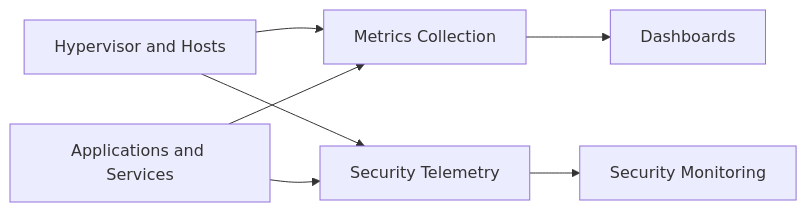
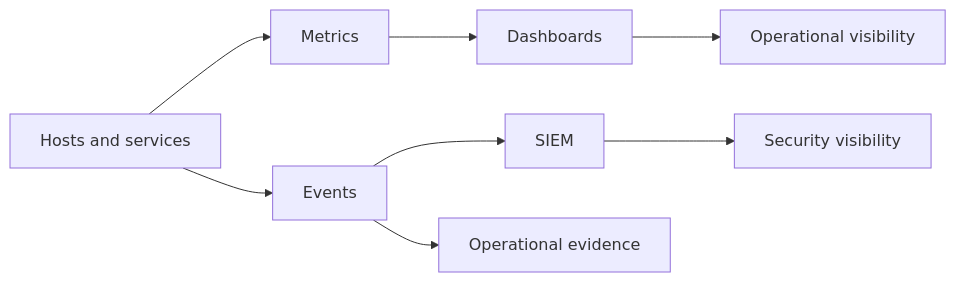
One commit to Nicolasperaltait/homelab changed the first of 2 diagrams in docs/en/06-observability-and-roadmap.md. Above: the diagram before and after it, drawn with Mermaid. The commit also changed other lines of this file and 25 other files, not shown here.

Commit message:
docs: publish sanitized homelab architecture record

````diff
--- a/docs/en/06-observability-and-roadmap.md
+++ b/docs/en/06-observability-and-roadmap.md
@@ -33,10 +19,10 @@
 ```mermaid
 flowchart LR
-    H[Hypervisor and Hosts] --> P[Metrics Collection]
-    A[Applications and Services] --> P
-    P --> G[Dashboards]
-
-    H --> W[Security Telemetry]
-    A --> W
-    W --> S[Security Monitoring]
+    A[Hosts and services] --> B[Metrics]
+    A --> C[Events]
+    B --> D[Dashboards]
+    C --> E[SIEM]
+    D --> F[Operational visibility]
+    E --> G[Security visibility]
+    C --> H[Operational evidence]
 ```
````
